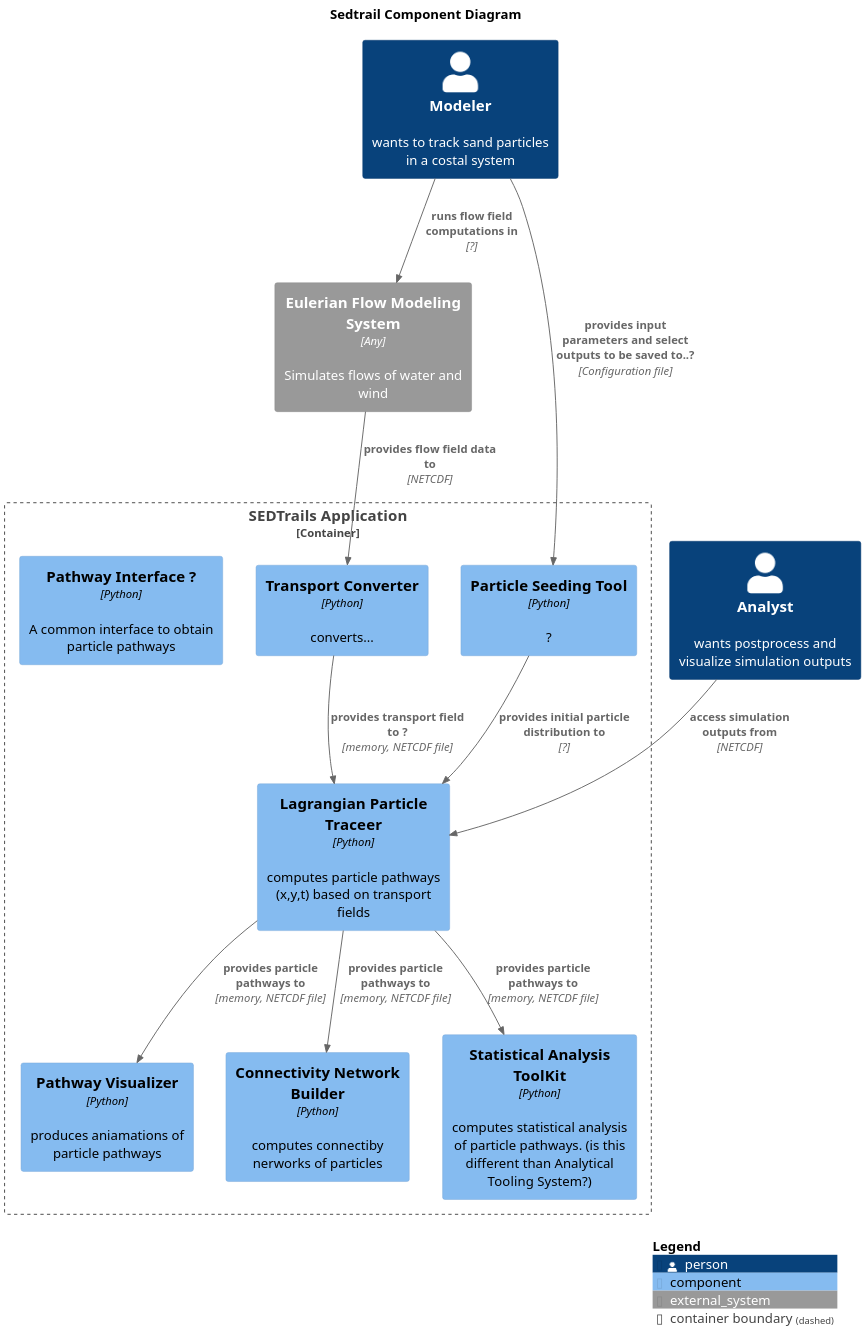
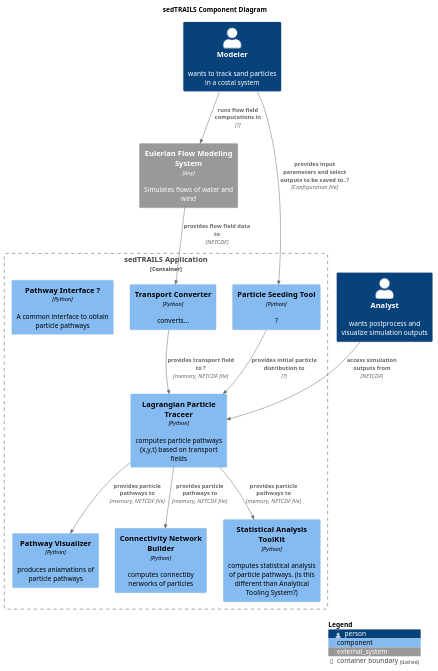
The diagram in diagrams/componets.puml (sgpearson17/sedtrails-sgp), drawn with PlantUML before and after one commit. The commit also changed 1 other file, not shown here.

```diff
--- a/diagrams/componets.puml
+++ b/diagrams/componets.puml
@@ -1,43 +1,43 @@
 @startuml SedtrailComponent
 !include https://raw.githubusercontent.com/plantuml-stdlib/C4-PlantUML/master/C4_Component.puml
 
-title Sedtrail Component Diagram
-scale 2
+title sedTRAILS Component Diagram
+' scale 2
 
 ' TODO: change name of the system to sedTRAILS
 Person(modeler, "Modeler", "wants to track sand particles in a costal system")
 Person(analyst, "Analyst", "wants postprocess and visualize simulation outputs")
 
-Container_Boundary(sedtrailsApp, "SEDTrails Application"){ 
+Container_Boundary(sedtrailsApp, "sedTRAILS Application"){ 
     Component(particleSeed, "Particle Seeding Tool", "Python", "?")
     Component(particleTracer, "Lagrangian Particle Traceer", "Python", "computes particle pathways (x,y,t) based on transport fields")
     Component(transportConverter, "Transport Converter", "Python", "converts...")
     Component(visualizer, "Pathway Visualizer", "Python", "produces aniamations of particle pathways")
     Component(connectivityBuilder, "Connectivity Network Builder", "Python", "computes connectiby nerworks of particles")
     Component(statisticalAnalyser, "Statistical Analysis ToolKit", "Python", "computes statistical analysis of particle pathways. (is this different than Analytical Tooling System?)")
 
     Component(dataInterface, "Pathway Interface ?", "Python", "A common interface to obtain particle pathways")
 
     Rel(particleSeed, particleTracer, "provides initial particle distribution to", "?")
     Rel(transportConverter, particleTracer, "provides transport field to ?", "memory, NETCDF file")
     Rel(particleTracer, visualizer, "provides particle pathways to", "memory, NETCDF file")
     Rel(particleTracer, connectivityBuilder, "provides particle pathways to", "memory, NETCDF file")
     Rel(particleTracer, statisticalAnalyser, "provides particle pathways to ", "memory, NETCDF file")
 }
 
 
 
 System_Ext(flowSystem, "Eulerian Flow Modeling System", "Simulates flows of water and wind", $type="Any")
 
 ' System_Ext(analyticalSystem, "Analytical Tooling System", "Provide statistical analysis tools to postproces simuation results", $type="Any")
 
 Rel(modeler, particleSeed, "provides input parameters and select outputs to be saved to..?", "Configuration file")
 Rel(analyst, particleTracer, "access simulation outputs from", "NETCDF")
 Rel(modeler, flowSystem, "runs flow field computations in", "?")
 
 Rel(flowSystem, transportConverter, "provides flow field data to ", "NETCDF")
 
 ' Rel(analyst, analyticalSystem, "post-process simuation outputs in ", "NETCDF")
 
 SHOW_LEGEND()
 @enduml
```
